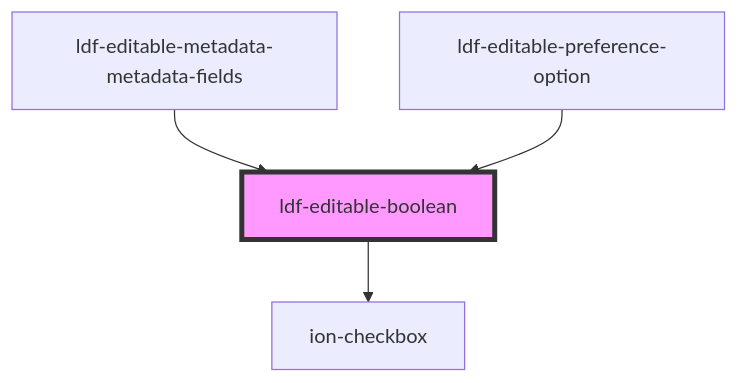
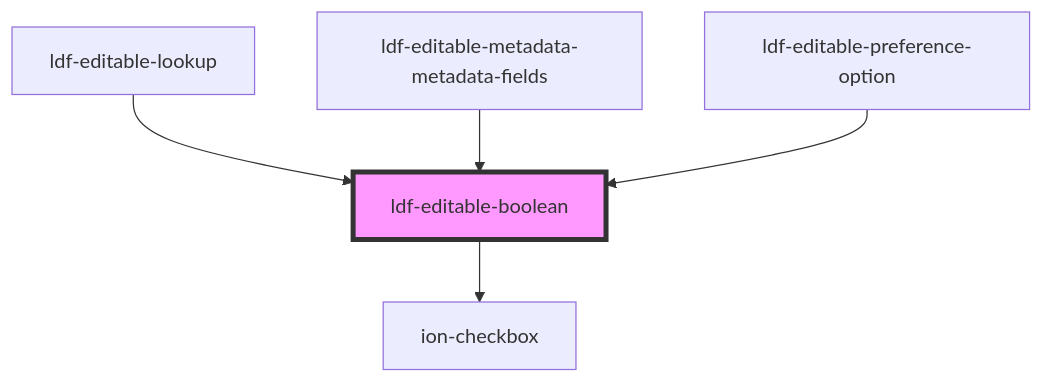
One commit to gbj/venite changed the diagram in components/src/components/editable-boolean/readme.md. Above: the diagram before and after it, drawn with Mermaid. The commit also changed other lines of this file and 122 other files, not shown here.

````diff
--- a/components/src/components/editable-boolean/readme.md
+++ b/components/src/components/editable-boolean/readme.md
@@ -36,7 +37,8 @@
 ```mermaid
 graph TD;
   ldf-editable-boolean --> ion-checkbox
+  ldf-editable-lookup --> ldf-editable-boolean
   ldf-editable-metadata-metadata-fields --> ldf-editable-boolean
   ldf-editable-preference-option --> ldf-editable-boolean
   style ldf-editable-boolean fill:#f9f,stroke:#333,stroke-width:4px
 ```
````
